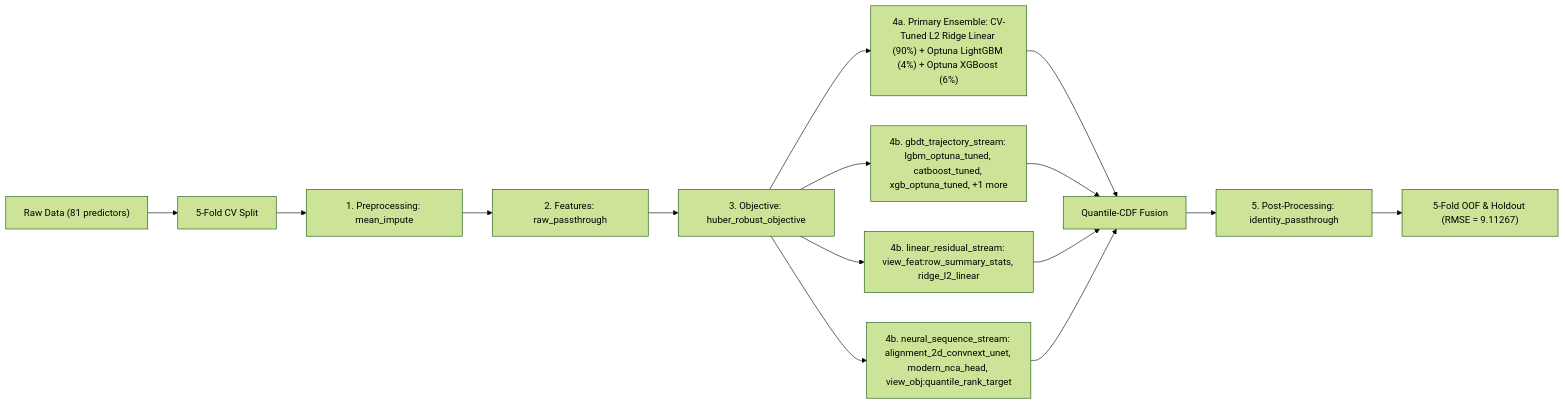
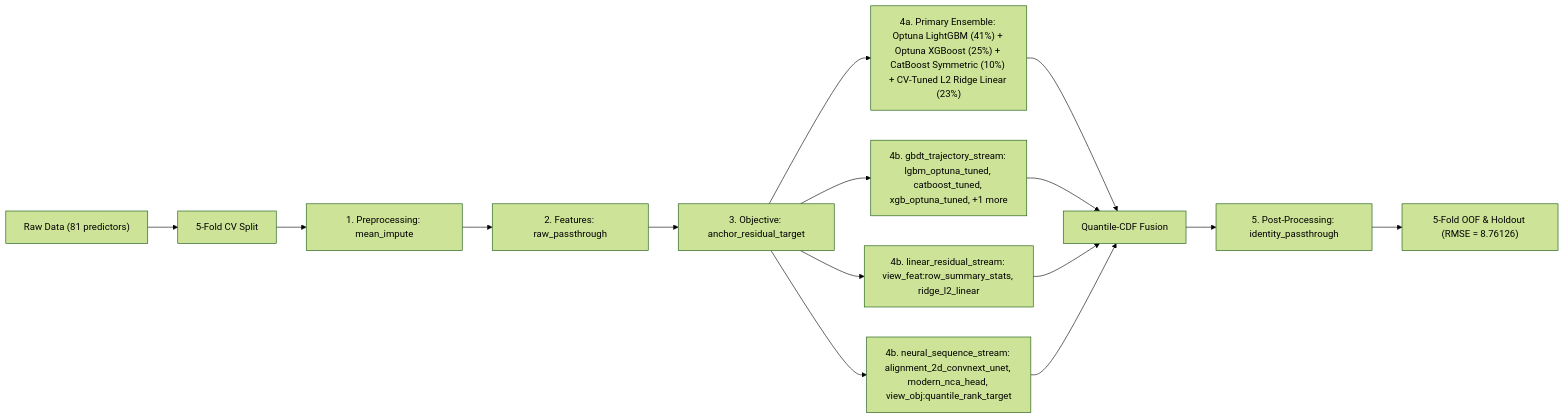
One commit to stefanoclss/ROGII-Wellbore-Geology-Prediction changed the diagram in README.md. Above: the diagram before and after it, drawn with Mermaid (forest theme). The commit also changed other lines of this file, not shown here.

First line of the commit message:
docs(readme): refresh verified OOF benchmark & build ledger (RMSE=8.76126)

````diff
--- a/README.md
+++ b/README.md
@@ -74,17 +75,17 @@
 ```mermaid
 flowchart LR
     DATA["Raw Data (81 predictors)"] --> SPLIT["5-Fold CV Split"]
     SPLIT --> PRE["1. Preprocessing: mean_impute"]
     PRE --> FEAT["2. Features: raw_passthrough"]
-    FEAT --> OBJ["3. Objective: huber_robust_objective"]
-    OBJ --> M0["4a. Primary Ensemble: CV-Tuned L2 Ridge Linear (90%) + Optuna LightGBM (4%) + Optuna XGBoost (6%)"]
+    FEAT --> OBJ["3. Objective: anchor_residual_target"]
+    OBJ --> M0["4a. Primary Ensemble: Optuna LightGBM (41%) + Optuna XGBoost (25%) + CatBoost Symmetric (10%) + CV-Tuned L2 Ridge Linear (23%)"]
     M0 --> FUSE["Quantile-CDF Fusion"]
     OBJ --> S1["4b. gbdt_trajectory_stream: lgbm_optuna_tuned, catboost_tuned, xgb_optuna_tuned, +1 more"]
     S1 --> FUSE
     OBJ --> S2["4b. linear_residual_stream: view_feat:row_summary_stats, ridge_l2_linear"]
     S2 --> FUSE
     OBJ --> S3["4b. neural_sequence_stream: alignment_2d_convnext_unet, modern_nca_head, view_obj:quantile_rank_target"]
     S3 --> FUSE
     FUSE --> POST["5. Post-Processing: identity_passthrough"]
-    POST --> OUT["5-Fold OOF & Holdout (RMSE = 9.11267)"]
+    POST --> OUT["5-Fold OOF & Holdout (RMSE = 8.76126)"]
 ```
````
